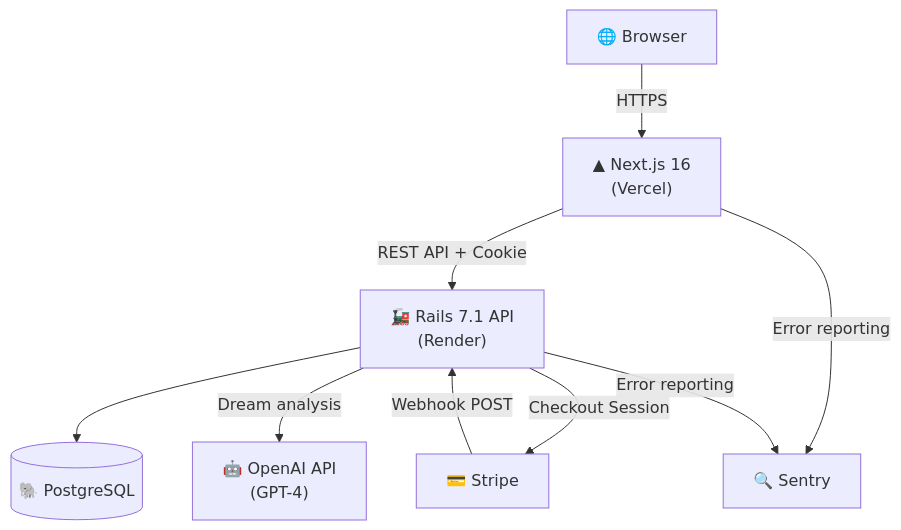
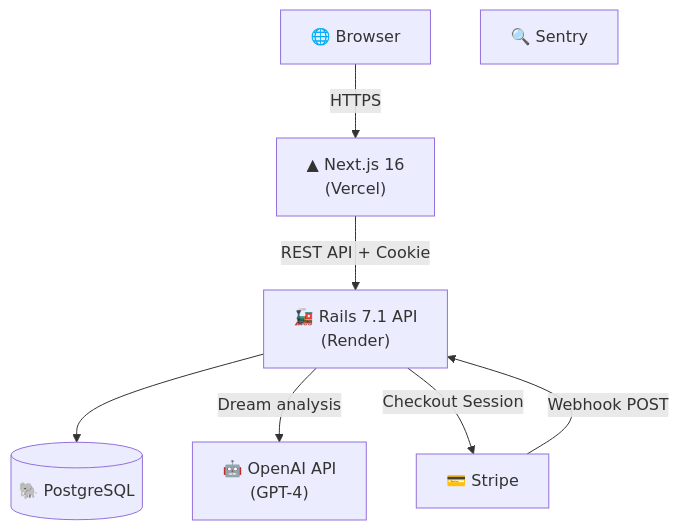
Before and after one commit to isekaisaru/dreamjournal-app: the diagram in README.md, drawn with Mermaid. The commit also changed other lines of this file, not shown here.

````diff
--- a/README.md
+++ b/README.md
@@ -104,19 +37,17 @@
 ```mermaid
 graph TD
     Browser["🌐 Browser"]
     FE["▲ Next.js 16<br/>(Vercel)"]
     BE["🚂 Rails 7.1 API<br/>(Render)"]
     DB[("🐘 PostgreSQL")]
     AI["🤖 OpenAI API<br/>(GPT-4)"]
     Stripe["💳 Stripe"]
     Sentry["🔍 Sentry"]
 
     Browser -->|HTTPS| FE
     FE -->|REST API + Cookie| BE
     BE --> DB
     BE -->|Dream analysis| AI
     BE -->|Checkout Session| Stripe
     Stripe -->|Webhook POST| BE
-    FE -->|Error reporting| Sentry
-    BE -->|Error reporting| Sentry
 ```
````
